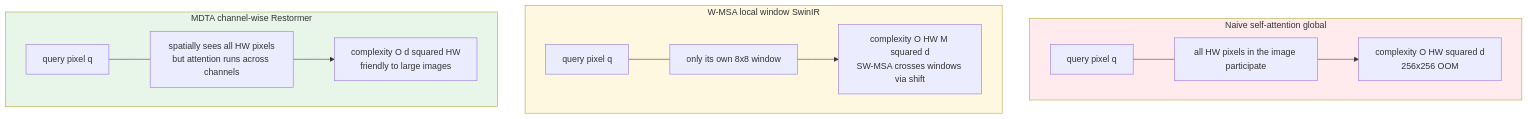
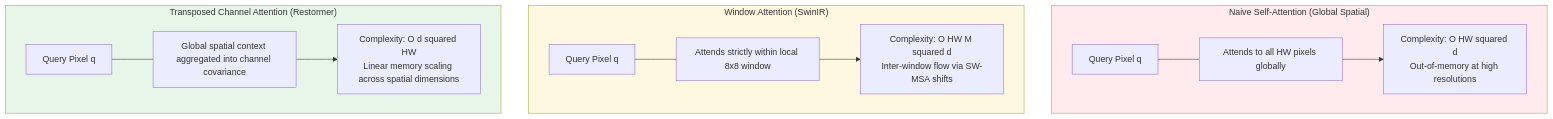
The first of 3 diagrams in en/chapters/07-transformer.md (yingwang/image-enhancement-guide), drawn with Mermaid before and after one commit. The commit also changed other lines of this file and 18 other files, not shown here.

````diff
--- a/en/chapters/07-transformer.md
+++ b/en/chapters/07-transformer.md
@@ -72,21 +35,21 @@
 ```mermaid
 graph TD
-    subgraph Full["Naive self-attention global"]
-        F[query pixel q] --- A1[all HW pixels in the image participate]
-        A1 --> Fcost[complexity O HW squared d<br/>256x256 OOM]
+    subgraph Full["Naive Self-Attention (Global Spatial)"]
+        F[Query Pixel q] --- A1[Attends to all HW pixels globally]
+        A1 --> Fcost[Complexity: O HW squared d<br/>Out-of-memory at high resolutions]
     end
 
-    subgraph Window["W-MSA local window SwinIR"]
-        W[query pixel q] --- B1[only its own 8x8 window]
-        B1 --> Wcost[complexity O HW M squared d<br/>SW-MSA crosses windows via shift]
+    subgraph Window["Window Attention (SwinIR)"]
+        W[Query Pixel q] --- B1[Attends strictly within local 8x8 window]
+        B1 --> Wcost[Complexity: O HW M squared d<br/>Inter-window flow via SW-MSA shifts]
     end
 
-    subgraph Channel["MDTA channel-wise Restormer"]
-        C[query pixel q] --- C1[spatially sees all HW pixels<br/>but attention runs across channels]
-        C1 --> Ccost[complexity O d squared HW<br/>friendly to large images]
+    subgraph Channel["Transposed Channel Attention (Restormer)"]
+        C[Query Pixel q] --- C1[Global spatial context aggregated into channel covariance]
+        C1 --> Ccost[Complexity: O d squared HW<br/>Linear memory scaling across spatial dimensions]
     end
 
     style Full fill:#ffebee
     style Window fill:#fff8e1
     style Channel fill:#e8f5e9
 ```
````
